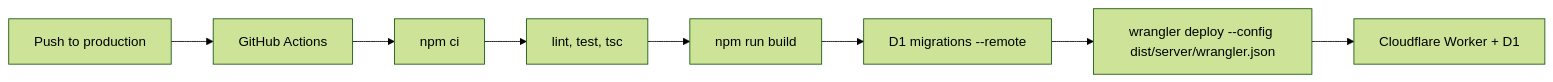
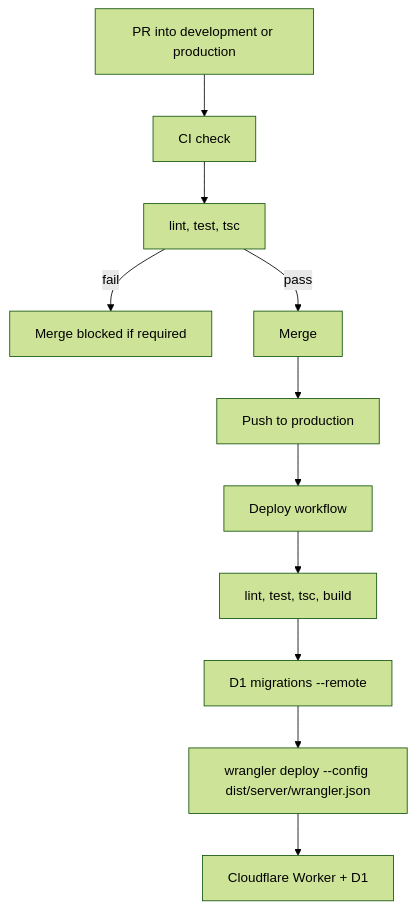
Before and after one commit to yogzis/Padel-Mate: the sixth of 24 diagrams in docs/04-project-diagrams.md, drawn with Mermaid (forest theme). The commit also changed other lines of this file and 3 other files, not shown here.

````diff
--- a/docs/04-project-diagrams.md
+++ b/docs/04-project-diagrams.md
@@ -166,10 +168,13 @@
 ```mermaid
-flowchart LR
-  A[Push to production] --> B[GitHub Actions]
-  B --> C[npm ci]
-  C --> D[lint, test, tsc]
-  D --> E[npm run build]
-  E --> F[D1 migrations --remote]
-  F --> G["wrangler deploy --config dist/server/wrangler.json"]
-  G --> H[Cloudflare Worker + D1]
+flowchart TD
+  A[PR into development or production] --> B[CI check]
+  B --> C[lint, test, tsc]
+  C -->|fail| D[Merge blocked if required]
+  C -->|pass| E[Merge]
+  E --> F[Push to production]
+  F --> G[Deploy workflow]
+  G --> H[lint, test, tsc, build]
+  H --> I[D1 migrations --remote]
+  I --> J["wrangler deploy --config dist/server/wrangler.json"]
+  J --> K[Cloudflare Worker + D1]
 ```
````
